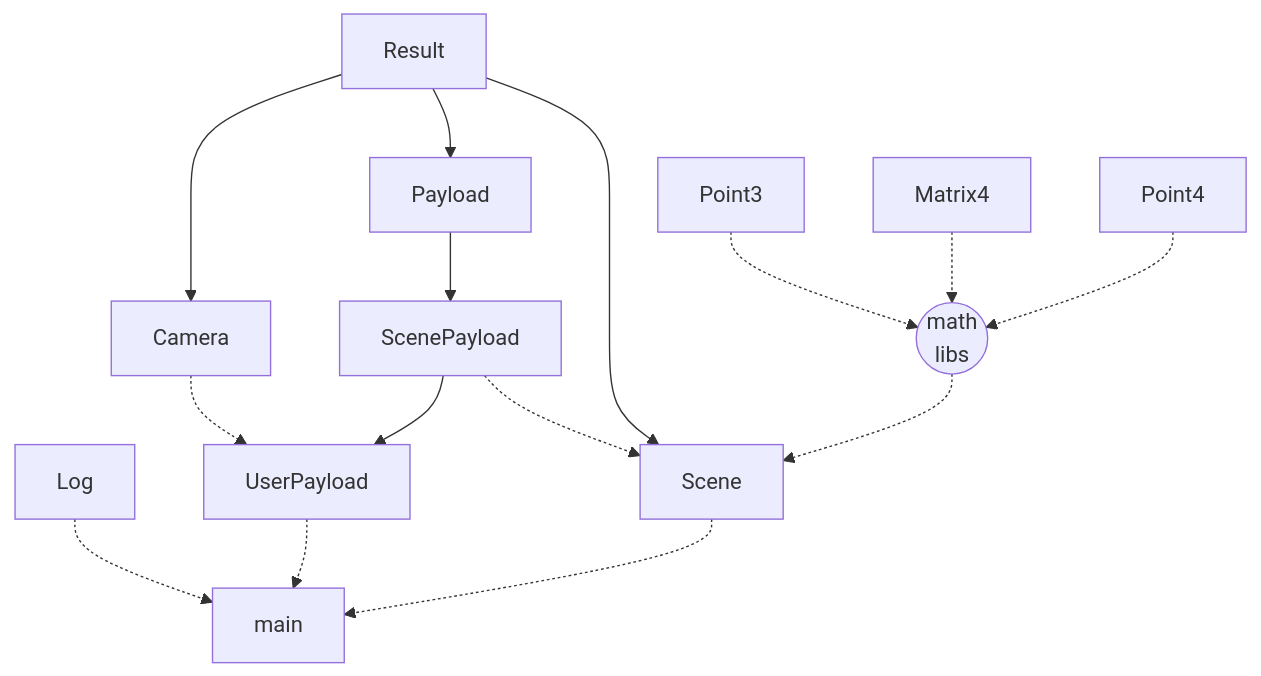
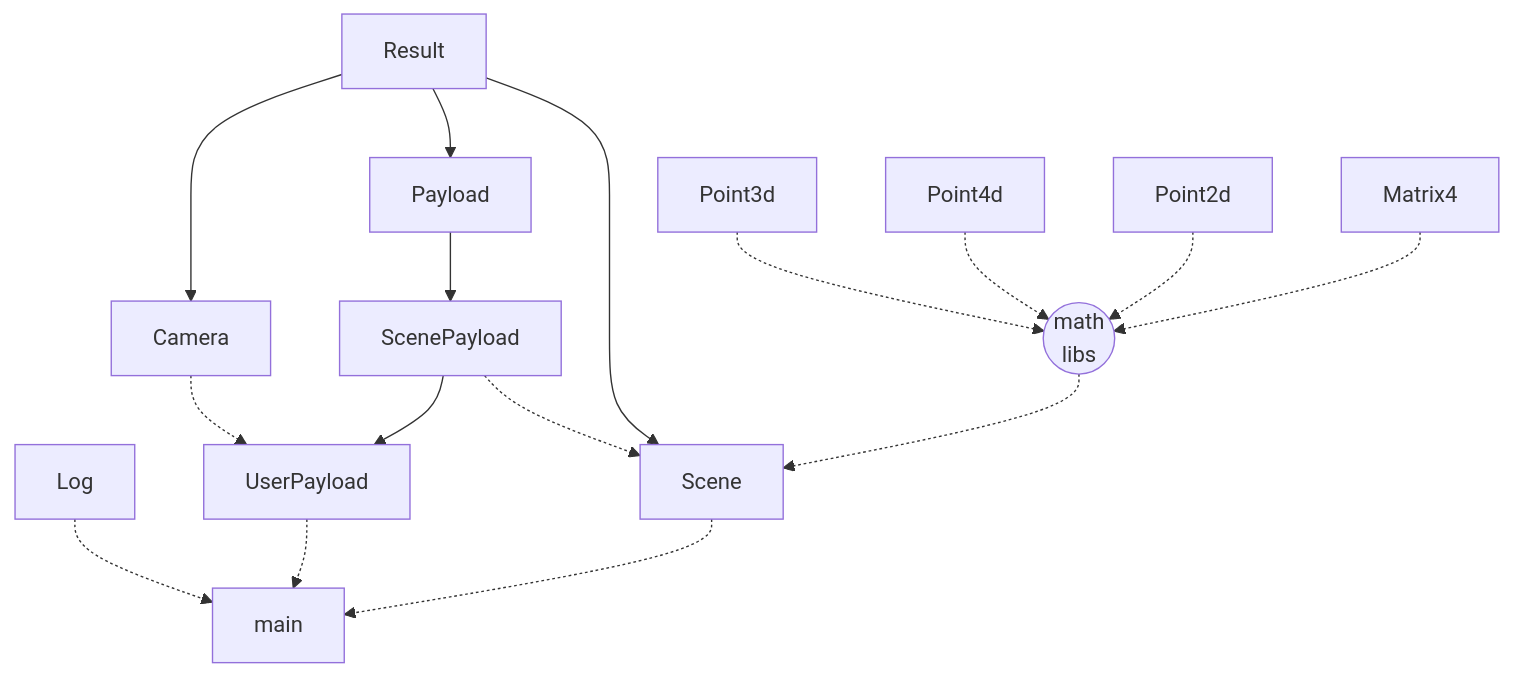
The diagram in README.md (johnthesmith/shoggoth), drawn with Mermaid before and after one commit. The commit also changed other lines of this file and 13 other files, not shown here.

````diff
--- a/README.md
+++ b/README.md
@@ -27,35 +50,34 @@
 ```mermaid
 flowchart
 
+    ScenePayload
+    Camera
+    Log
+
+    math((math<br>libs))
 
 
-ScenePayload
-Camera
-Log
-
-math((math<br>libs))
+    Payload --> ScenePayload
+    Camera -.-> UserPayload
 
 
-Payload --> ScenePayload
-Camera -.-> UserPayload
+    ScenePayload -->  UserPayload
+    ScenePayload-.-> Scene
+
+    Result --> Camera
+    Result --> Payload
+    Result --> Scene
 
 
-ScenePayload -->  UserPayload
-ScenePayload-.-> Scene
+    Log -.-> main
 
-Result --> Camera
-Result --> Payload
-Result --> Scene
+    UserPayload -.-> main
+    Scene -.-> main
 
+    Point3d -.-> math
+    Point4d -.-> math
+    Point2d -.-> math
+    Matrix4 -.-> math
 
-Log -.-> main
-
-UserPayload -.-> main
-Scene -.-> main
-
-Point3 -.-> math
-Matrix4 -.-> math
-Point4 -.-> math
-
-math -.-> Scene
+    math -.-> Scene
 ```
````
